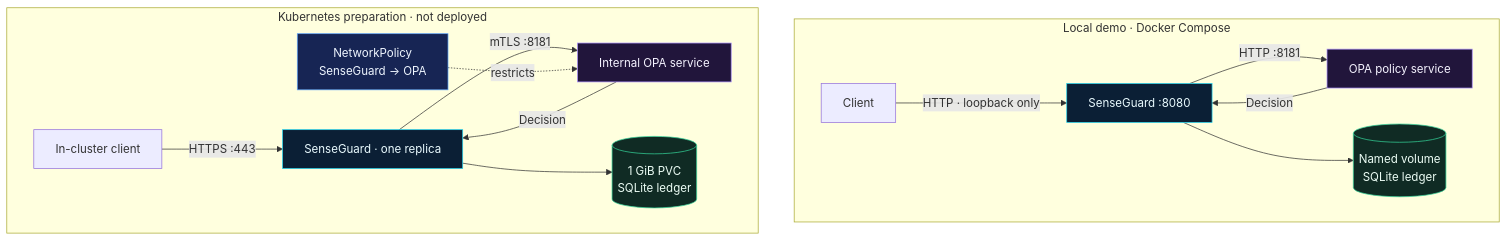
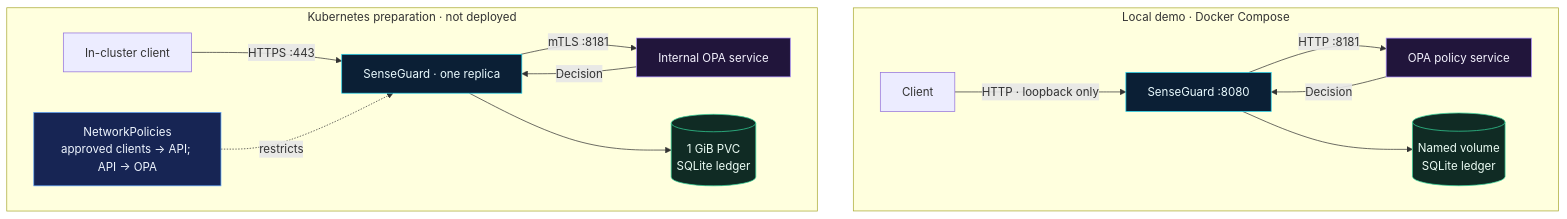
The second of 2 diagrams in README.md (abhinavannareddy/SenseGuard), drawn with Mermaid before and after one commit. The commit also changed other lines of this file and 17 other files, not shown here.

Commit message:
Prepare SenseGuard security and deployment release

````diff
--- a/README.md
+++ b/README.md
@@ -50,26 +50,26 @@
 ```mermaid
 flowchart TB
     subgraph local["Local demo · Docker Compose"]
         composeClient["Client"] -->|"HTTP · loopback only"| composeAPI["SenseGuard :8080"]
         composeAPI -->|"HTTP :8181"| composeOPA["OPA policy service"]
         composeOPA -->|"Decision"| composeAPI
         composeAPI --> composeDB[("Named volume<br/>SQLite ledger")]
     end
 
     subgraph cluster["Kubernetes preparation · not deployed"]
         clusterClient["In-cluster client"] -->|"HTTPS :443"| clusterAPI["SenseGuard · one replica"]
         clusterAPI -->|"mTLS :8181"| clusterOPA["Internal OPA service"]
         clusterOPA -->|"Decision"| clusterAPI
         clusterAPI --> clusterDB[("1 GiB PVC<br/>SQLite ledger")]
-        policyNet["NetworkPolicy<br/>SenseGuard → OPA"] -. restricts .-> clusterOPA
+        policyNet["NetworkPolicies<br/>approved clients → API; API → OPA"] -. restricts .-> clusterAPI
     end
 
     classDef app fill:#0B1F35,stroke:#22D3EE,color:#EAFBFF
     classDef control fill:#21153B,stroke:#A78BFA,color:#F5F3FF
     classDef store fill:#102B24,stroke:#34D399,color:#ECFDF5
     classDef net fill:#172554,stroke:#60A5FA,color:#EFF6FF
     class composeAPI,clusterAPI app
     class composeOPA,clusterOPA control
     class composeDB,clusterDB store
     class policyNet net
 ```
````
